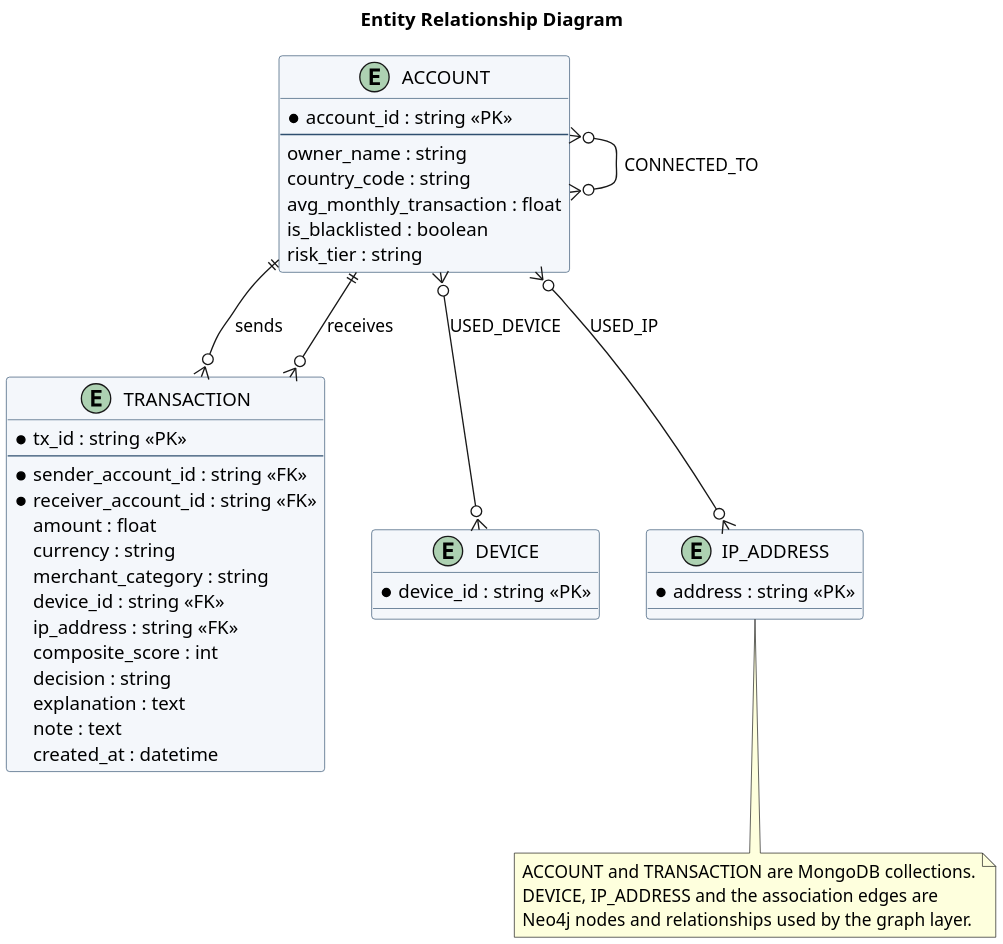
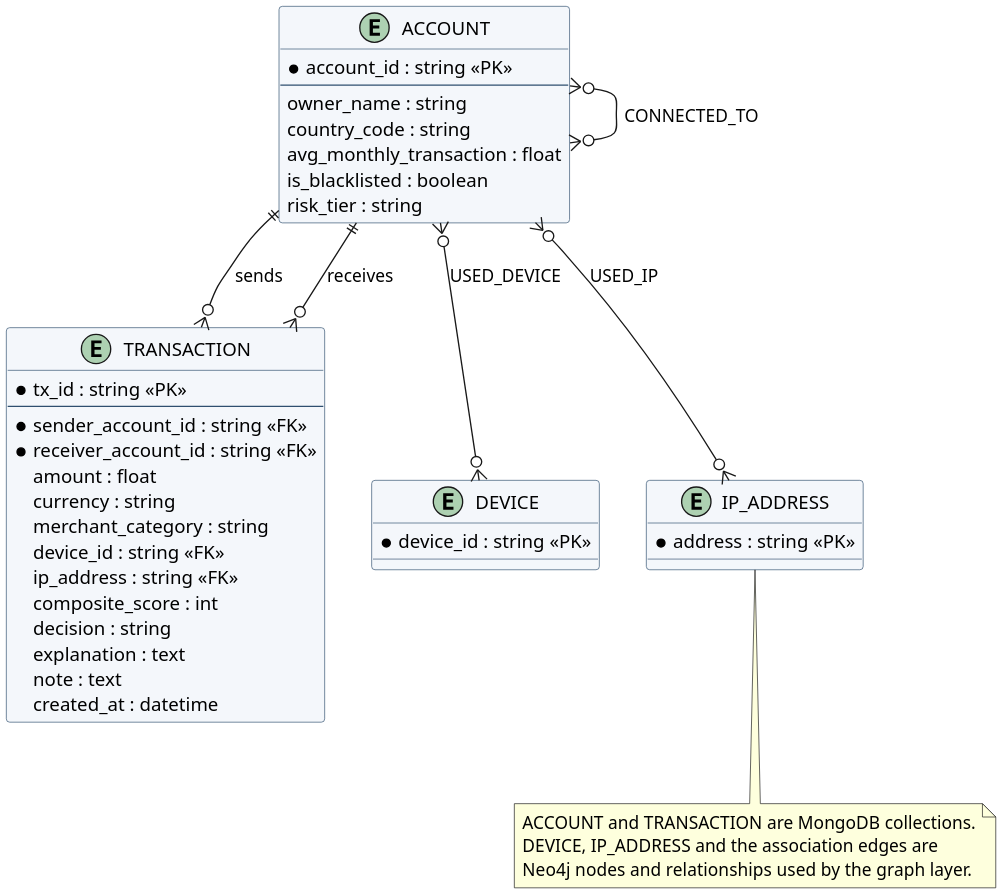
One commit to OMJOSHI15/indus11 changed the diagram in docs/diagrams/09-er.puml. Above: the diagram before and after it, drawn with PlantUML. The commit also changed 34 other files, not shown here.

```diff
--- a/docs/diagrams/09-er.puml
+++ b/docs/diagrams/09-er.puml
@@ -1,52 +1,51 @@
 @startuml
 skinparam dpi 200
 skinparam backgroundColor white
 skinparam shadowing false
 skinparam defaultFontName Times New Roman
 skinparam class {
   BorderColor #2F4F6F
   BackgroundColor #F4F7FB
 }
-title Entity Relationship Diagram
 entity ACCOUNT {
   * account_id : string <<PK>>
   --
   owner_name : string
   country_code : string
   avg_monthly_transaction : float
   is_blacklisted : boolean
   risk_tier : string
 }
 entity TRANSACTION {
   * tx_id : string <<PK>>
   --
   * sender_account_id : string <<FK>>
   * receiver_account_id : string <<FK>>
   amount : float
   currency : string
   merchant_category : string
   device_id : string <<FK>>
   ip_address : string <<FK>>
   composite_score : int
   decision : string
   explanation : text
   note : text
   created_at : datetime
 }
 entity DEVICE {
   * device_id : string <<PK>>
 }
 entity IP_ADDRESS {
   * address : string <<PK>>
 }
 ACCOUNT ||--o{ TRANSACTION : sends
 ACCOUNT ||--o{ TRANSACTION : receives
 ACCOUNT }o--o{ DEVICE : USED_DEVICE
 ACCOUNT }o--o{ IP_ADDRESS : USED_IP
 ACCOUNT }o--o{ ACCOUNT : CONNECTED_TO
 note bottom
   ACCOUNT and TRANSACTION are MongoDB collections.
   DEVICE, IP_ADDRESS and the association edges are
   Neo4j nodes and relationships used by the graph layer.
 end note
 @enduml
```
